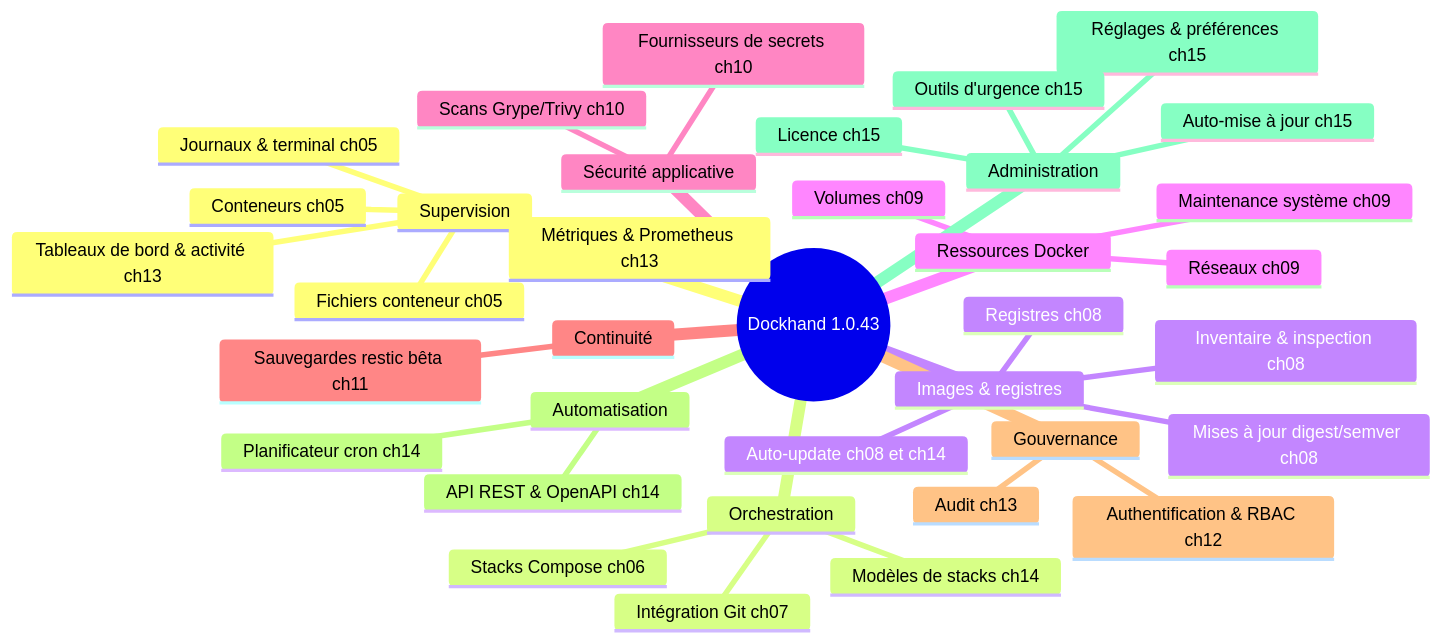
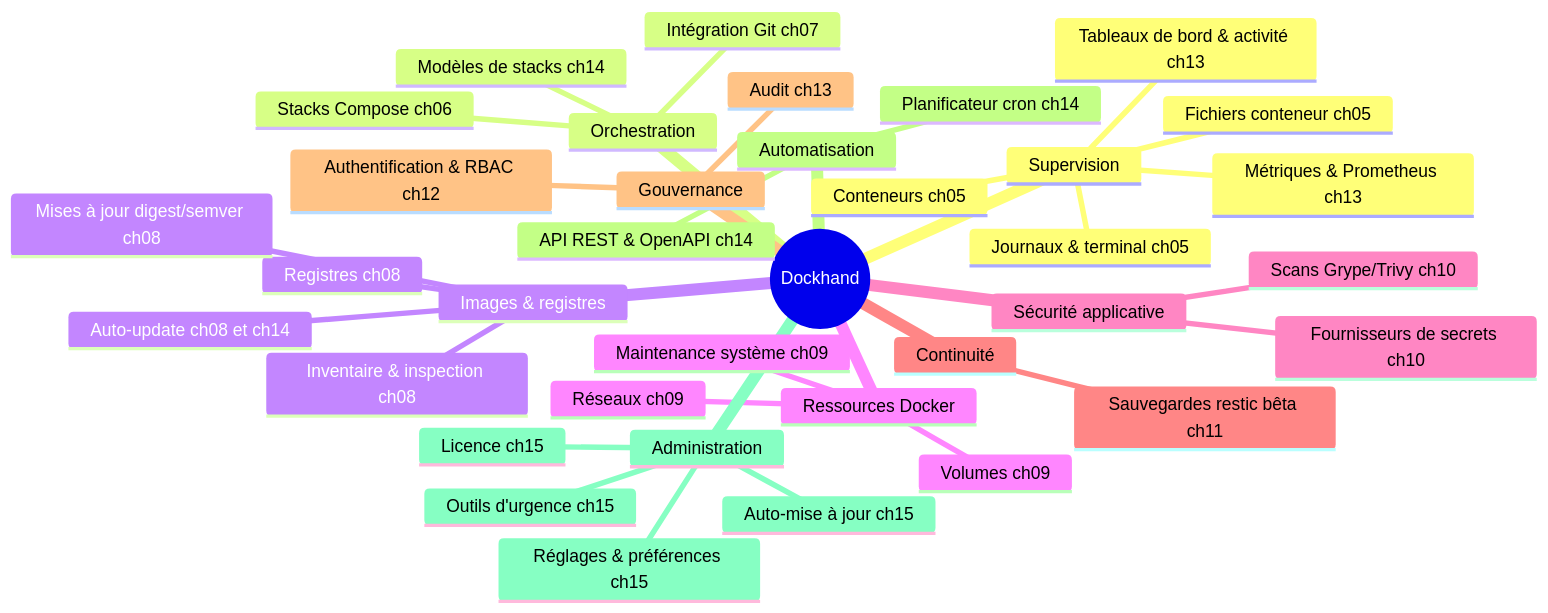
Before and after one commit to stefapi/windflow: the diagram in docs/spec_dockhand_reference/01-presentation-generale.md, drawn with Mermaid. The commit also changed other lines of this file and 15 other files, not shown here.

````diff
--- a/docs/spec_dockhand_reference/01-presentation-generale.md
+++ b/docs/spec_dockhand_reference/01-presentation-generale.md
@@ -101,39 +97,39 @@
 ```mermaid
 mindmap
-  root((Dockhand 1.0.43))
+  root((Dockhand))
     Supervision
       Conteneurs ch05
       Journaux & terminal ch05
       Fichiers conteneur ch05
       Tableaux de bord & activité ch13
       Métriques & Prometheus ch13
     Orchestration
       Stacks Compose ch06
       Intégration Git ch07
       Modèles de stacks ch14
     Images & registres
       Inventaire & inspection ch08
       Registres ch08
       Mises à jour digest/semver ch08
       Auto-update ch08 et ch14
     Ressources Docker
       Volumes ch09
       Réseaux ch09
       Maintenance système ch09
     Sécurité applicative
       Scans Grype/Trivy ch10
       Fournisseurs de secrets ch10
     Continuité
       Sauvegardes restic bêta ch11
     Gouvernance
       Authentification & RBAC ch12
       Audit ch13
     Automatisation
       Planificateur cron ch14
       API REST & OpenAPI ch14
     Administration
       Réglages & préférences ch15
       Licence ch15
       Auto-mise à jour ch15
       Outils d'urgence ch15
 ```
````
